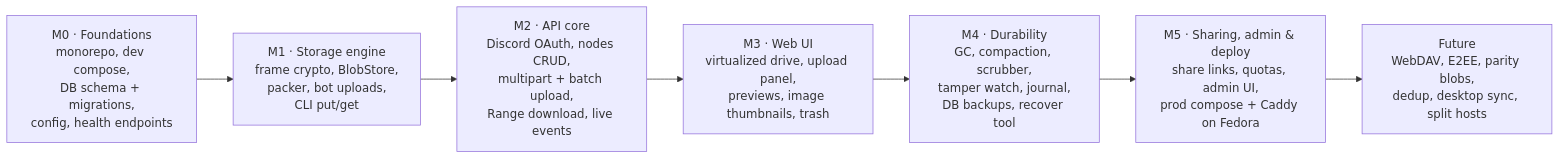
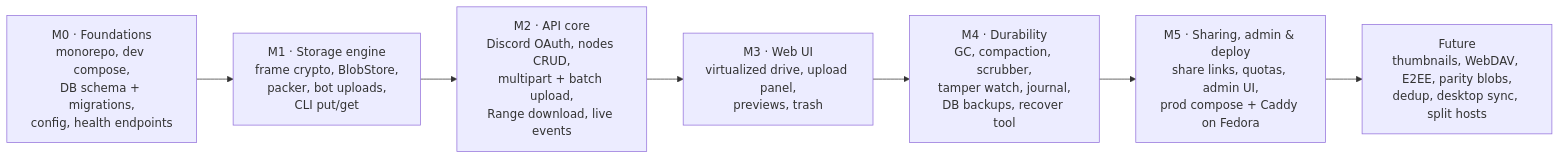
Before and after one commit to AlexB8675/DFS: the tenth of 10 diagrams in docs/DESIGN.md, drawn with Mermaid. The commit also changed other lines of this file, not shown here.

First line of the commit message:
Design v0.4: defer thumbnails, final consistency pass

````diff
--- a/docs/DESIGN.md
+++ b/docs/DESIGN.md
@@ -864,9 +853,9 @@
 ```mermaid
 flowchart LR
     M0["M0 · Foundations<br/>monorepo, dev compose,<br/>DB schema + migrations,<br/>config, health endpoints"] --> M1["M1 · Storage engine<br/>frame crypto, BlobStore,<br/>packer, bot uploads,<br/>CLI put/get"]
     M1 --> M2["M2 · API core<br/>Discord OAuth, nodes CRUD,<br/>multipart + batch upload,<br/>Range download, live events"]
-    M2 --> M3["M3 · Web UI<br/>virtualized drive, upload panel,<br/>previews, image thumbnails, trash"]
+    M2 --> M3["M3 · Web UI<br/>virtualized drive, upload panel,<br/>previews, trash"]
     M3 --> M4["M4 · Durability<br/>GC, compaction, scrubber,<br/>tamper watch, journal,<br/>DB backups, recover tool"]
     M4 --> M5["M5 · Sharing, admin & deploy<br/>share links, quotas, admin UI,<br/>prod compose + Caddy on Fedora"]
-    M5 --> F["Future<br/>WebDAV, E2EE, parity blobs,<br/>dedup, desktop sync, split hosts"]
+    M5 --> F["Future<br/>thumbnails, WebDAV, E2EE, parity blobs,<br/>dedup, desktop sync, split hosts"]
 ```
````
